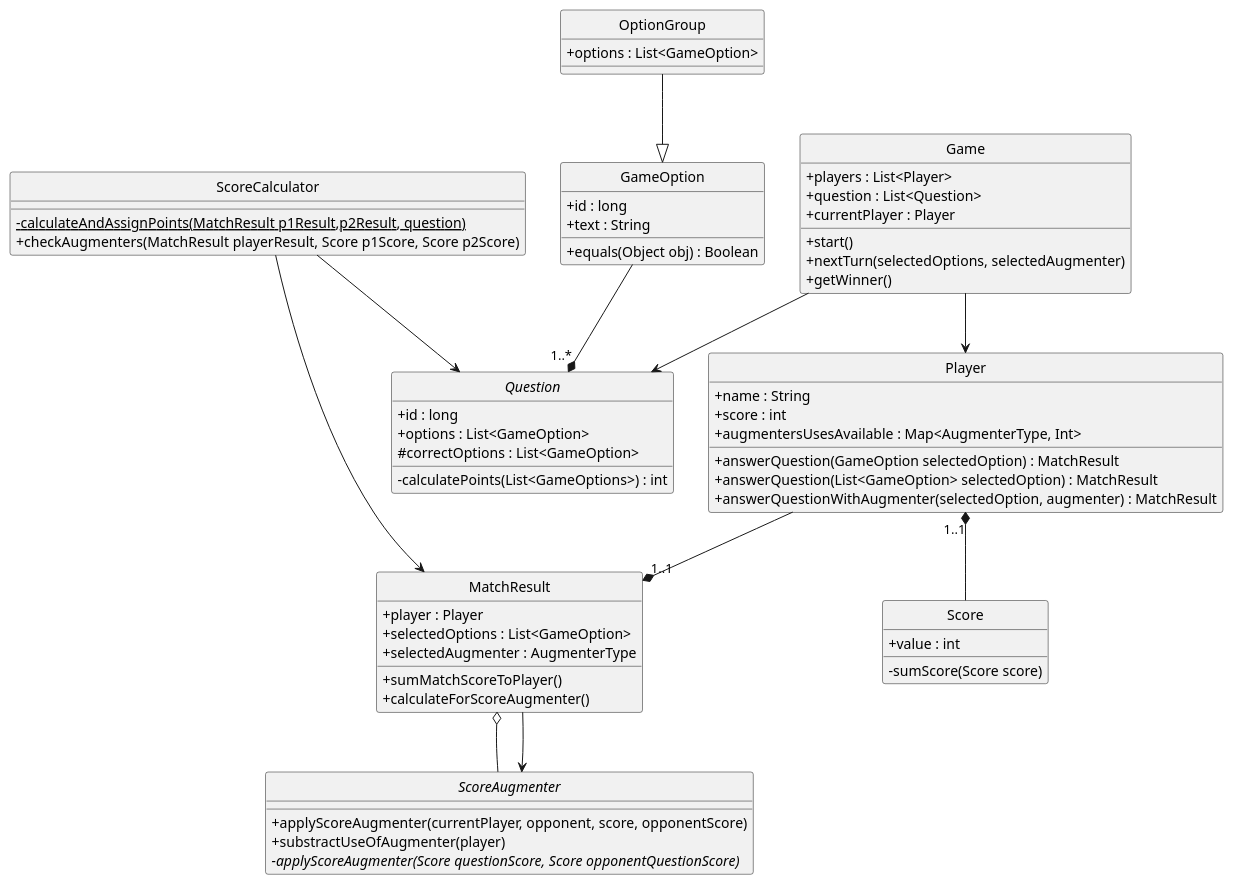
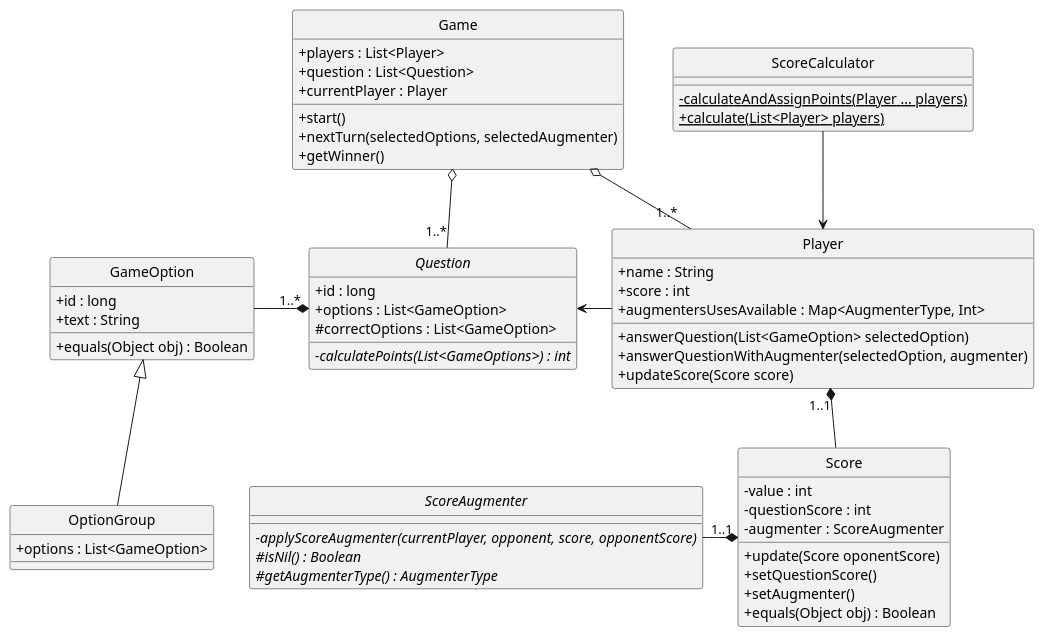
One commit to diegosanchez/TP2-Kahoot changed the diagram in docs/diagramaClases-Principal-TP2.plantuml. Above: the diagram before and after it, drawn with PlantUML. The commit also changed 13 other files, not shown here.

First line of the commit message:
Actualización de Diagramas

```diff
--- a/docs/diagramaClases-Principal-TP2.plantuml
+++ b/docs/diagramaClases-Principal-TP2.plantuml
@@ -1,81 +1,75 @@
 @startuml DiagramaUML-Clases-TP2
 hide circle
 skinparam classAttributeIconSize 0
 
 abstract Question{
     + id : long
     + options : List<GameOption>
     # correctOptions : List<GameOption>
-    - calculatePoints(List<GameOptions>) : int
+    - {abstract}calculatePoints(List<GameOptions>) : int
 }
 
 class GameOption{
     + id : long
 	+ text : String
     + equals(Object obj) : Boolean
 }
 
 class OptionGroup{
     + options : List<GameOption>
 }
 
 class Score{
-    + value : int
-    - sumScore(Score score)
+    - value : int
+	- questionScore : int
+	- augmenter : ScoreAugmenter
+    + update(Score oponentScore)
+    + setQuestionScore()
+    + setAugmenter()
+    + equals(Object obj) : Boolean
 }
 
 class Game{
     + players : List<Player>
 	+ question : List<Question>
 	+ currentPlayer : Player
     + start()
     + nextTurn(selectedOptions, selectedAugmenter)
     + getWinner()
 }
 
-class MatchResult{
-    + player : Player
-	+ selectedOptions : List<GameOption> 
-	+ selectedAugmenter : AugmenterType 
-    + sumMatchScoreToPlayer()
-    + calculateForScoreAugmenter()
-}
-
 class ScoreCalculator{
-    - {static} calculateAndAssignPoints(MatchResult p1Result,p2Result, question)
-	+ checkAugmenters(MatchResult playerResult, Score p1Score, Score p2Score)
+    - {static} calculateAndAssignPoints(Player ... players)
+	+ {static} calculate(List<Player> players)
 }
 
 class Player{
     + name : String
 	+ score : int
 	+ augmentersUsesAvailable : Map<AugmenterType, Int>
-    + answerQuestion(GameOption selectedOption) : MatchResult
-    + answerQuestion(List<GameOption> selectedOption) : MatchResult
-    + answerQuestionWithAugmenter(selectedOption, augmenter) : MatchResult
+    + answerQuestion(List<GameOption> selectedOption)
+    + answerQuestionWithAugmenter(selectedOption, augmenter)
+    + updateScore(Score score)
 }
 
 abstract ScoreAugmenter{
-    + applyScoreAugmenter(currentPlayer, opponent, score, opponentScore)
-    + substractUseOfAugmenter(player)
-    - {abstract}applyScoreAugmenter(Score questionScore, Score opponentQuestionScore)
+    - {abstract}applyScoreAugmenter(currentPlayer, opponent, score, opponentScore)
+    # {abstract}isNil() : Boolean
+    # {abstract}getAugmenterType() : AugmenterType
 }
 
 
-Game  --down>  Question
-Game --down>  Player
+Game  o--"1..*"  Question
+Game o--"1..*"  Player
 
-OptionGroup --|> GameOption
+Score "1..1"*--left ScoreAugmenter
+ScoreCalculator --> Player
 
-ScoreCalculator --right> MatchResult
-ScoreCalculator --> Question
-
-MatchResult "1..1"*--up Player
-MatchResult o-- ScoreAugmenter
-MatchResult --> ScoreAugmenter
+Player --left> Question
 
 Player "1..1"*-- Score
 
-Question "1..*"*--up GameOption
+Question "1..*"*--left GameOption
+OptionGroup --up|> GameOption
 
 @enduml
```
